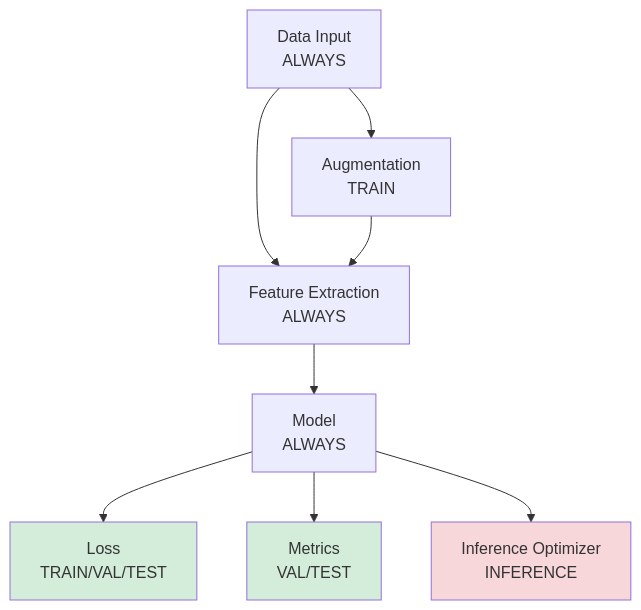
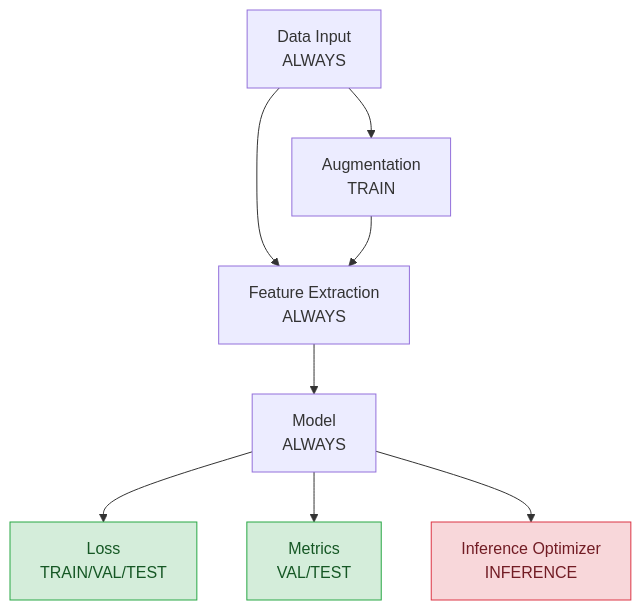
Before and after one commit to cubert-hyperspectral/cuvis-ai: the second of 2 diagrams in docs/concepts/execution-stages.md, drawn with Mermaid. The commit also changed other lines of this file and 18 other files, not shown here.

First line of the commit message:
docs(theme): use classDef for Mermaid styling and tighten cross-page copy

````diff
--- a/docs/concepts/execution-stages.md
+++ b/docs/concepts/execution-stages.md
@@ -241,13 +243,14 @@
 ```mermaid
 graph TD
     A[Data Input<br/>ALWAYS] --> B[Augmentation<br/>TRAIN]
     A --> C[Feature Extraction<br/>ALWAYS]
     B --> C
     C --> D[Model<br/>ALWAYS]
     D --> E[Loss<br/>TRAIN/VAL/TEST]
     D --> F[Metrics<br/>VAL/TEST]
     D --> G[Inference Optimizer<br/>INFERENCE]
-    style E fill:#d4edda
-    style F fill:#d4edda
-    style G fill:#f8d7da
+    classDef success fill:#d4edda,stroke:#28a745,color:#155724
+    classDef error fill:#f8d7da,stroke:#dc3545,color:#721c24
+    class E,F success
+    class G error
 ```
````
